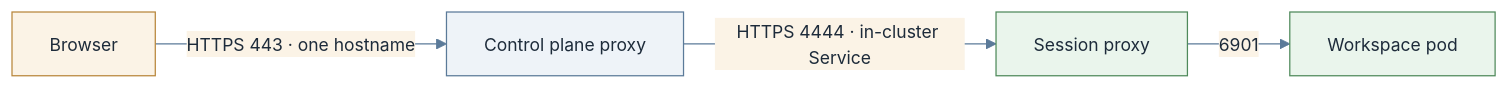
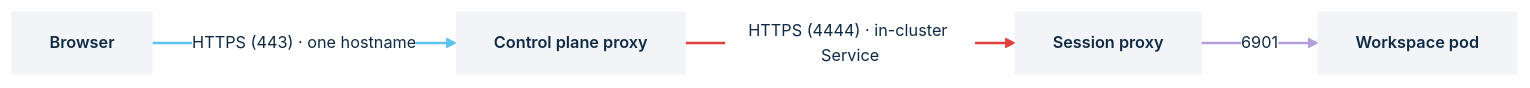
Before and after one commit to kasmtech/kasm-helm: the first of 3 diagrams in docs/explanation/topologies.md, drawn with Mermaid. The commit also changed other lines of this file and 35 other files, not shown here.

First line of the commit message:
Kasm diagram theme, and the operator and agent fixes verified against the dev builds

````diff
--- a/docs/explanation/topologies.md
+++ b/docs/explanation/topologies.md
@@ -17,11 +17,15 @@
 ```mermaid
-%%{init: {"theme":"base","themeVariables":{"primaryColor":"#eef3f8","primaryBorderColor":"#5b7a99","primaryTextColor":"#1d2b3a","secondaryColor":"#fbf3e6","secondaryBorderColor":"#b8863b","tertiaryColor":"#eaf5ec","tertiaryBorderColor":"#4f8a5b","lineColor":"#5b7a99","fontFamily":"Inter, Helvetica, Arial, sans-serif","fontSize":"14px"},"flowchart":{"curve":"basis","htmlLabels":true}}}%%
+%%{init: {"theme":"base","themeVariables":{"background":"#ffffff","primaryColor":"#f2f4f7","primaryBorderColor":"#f2f4f7","primaryTextColor":"#0f2a44","lineColor":"#0f2a44","clusterBkg":"#ffffff","clusterBorder":"#4a4a4a","edgeLabelBackground":"#ffffff","fontFamily":"Montserrat, Helvetica, Arial, sans-serif","fontSize":"13px"},"flowchart":{"curve":"linear","htmlLabels":true,"nodeSpacing":36,"rankSpacing":64}}}%%
 flowchart LR
-  browser["Browser"] -->|"HTTPS 443 · one hostname"| cp["Control plane proxy"]
-  cp -->|"HTTPS 4444 · in-cluster Service"| sp["Session proxy"]
-  sp -->|"6901"| ws["Workspace pod"]
-  classDef agent fill:#eaf5ec,stroke:#4f8a5b
-  classDef ext fill:#fbf3e6,stroke:#b8863b
-  class sp,ws agent
-  class browser ext
+  browser["Browser"]:::card
+  cp["Control plane proxy"]:::card
+  sp["Session proxy"]:::card
+  ws["Workspace pod"]:::card
+  browser -->|"HTTPS (443) · one hostname"| cp
+  cp -->|"HTTPS (4444) · in-cluster Service"| sp
+  sp -->|"6901"| ws
+  classDef card fill:#f2f4f7,stroke:#f2f4f7,color:#0f2a44,font-weight:600
+  linkStyle 0 stroke:#5ec2ef,stroke-width:2px
+  linkStyle 1 stroke:#e0413f,stroke-width:2px
+  linkStyle 2 stroke:#b39ddb,stroke-width:2px
 ```
````
